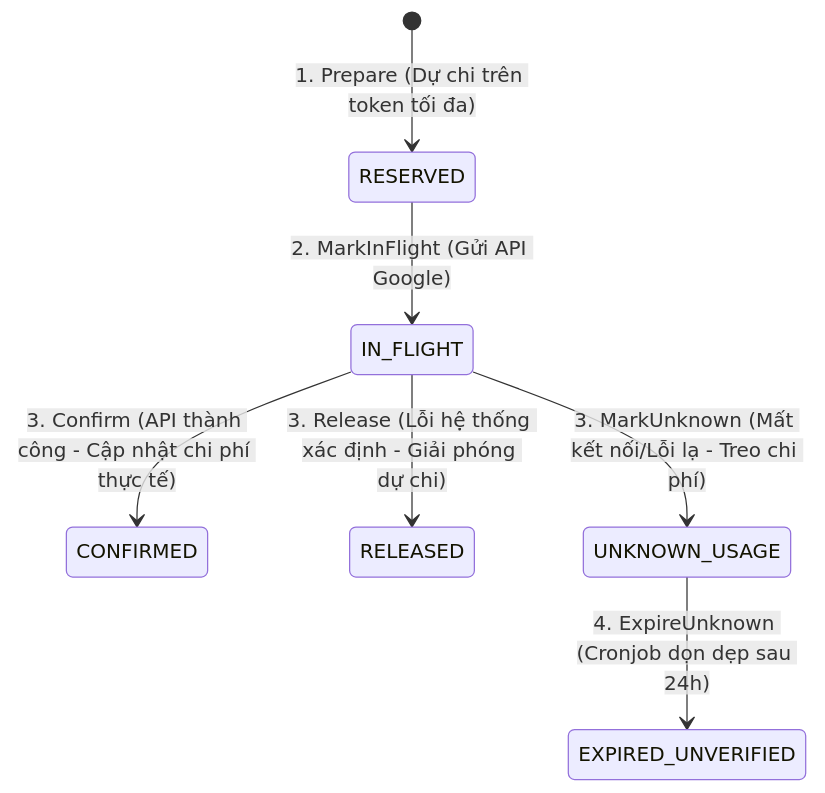
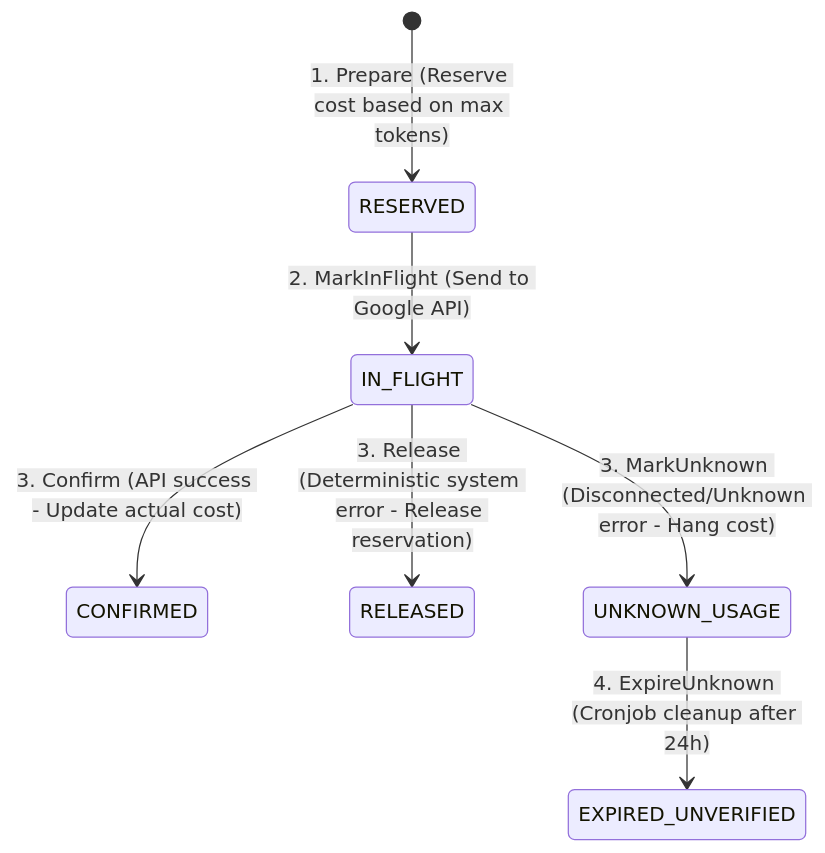
One commit to hycat-team/smart-wardrobe-be changed the second of 2 diagrams in docs/system-design/ai-cost-control.md. Above: the diagram before and after it, drawn with Mermaid. The commit also changed other lines of this file and 33 other files, not shown here.

````diff
--- a/docs/system-design/ai-cost-control.md
+++ b/docs/system-design/ai-cost-control.md
@@ -47,9 +47,9 @@
 ```mermaid
 stateDiagram-v2
-    [*] --> RESERVED: 1. Prepare (Dự chi trên token tối đa)
-    RESERVED --> IN_FLIGHT: 2. MarkInFlight (Gửi API Google)
-    IN_FLIGHT --> CONFIRMED: 3. Confirm (API thành công - Cập nhật chi phí thực tế)
-    IN_FLIGHT --> RELEASED: 3. Release (Lỗi hệ thống xác định - Giải phóng dự chi)
-    IN_FLIGHT --> UNKNOWN_USAGE: 3. MarkUnknown (Mất kết nối/Lỗi lạ - Treo chi phí)
-    UNKNOWN_USAGE --> EXPIRED_UNVERIFIED: 4. ExpireUnknown (Cronjob dọn dẹp sau 24h)
+    [*] --> RESERVED: 1. Prepare (Reserve cost based on max tokens)
+    RESERVED --> IN_FLIGHT: 2. MarkInFlight (Send to Google API)
+    IN_FLIGHT --> CONFIRMED: 3. Confirm (API success - Update actual cost)
+    IN_FLIGHT --> RELEASED: 3. Release (Deterministic system error - Release reservation)
+    IN_FLIGHT --> UNKNOWN_USAGE: 3. MarkUnknown (Disconnected/Unknown error - Hang cost)
+    UNKNOWN_USAGE --> EXPIRED_UNVERIFIED: 4. ExpireUnknown (Cronjob cleanup after 24h)
 ```
````
